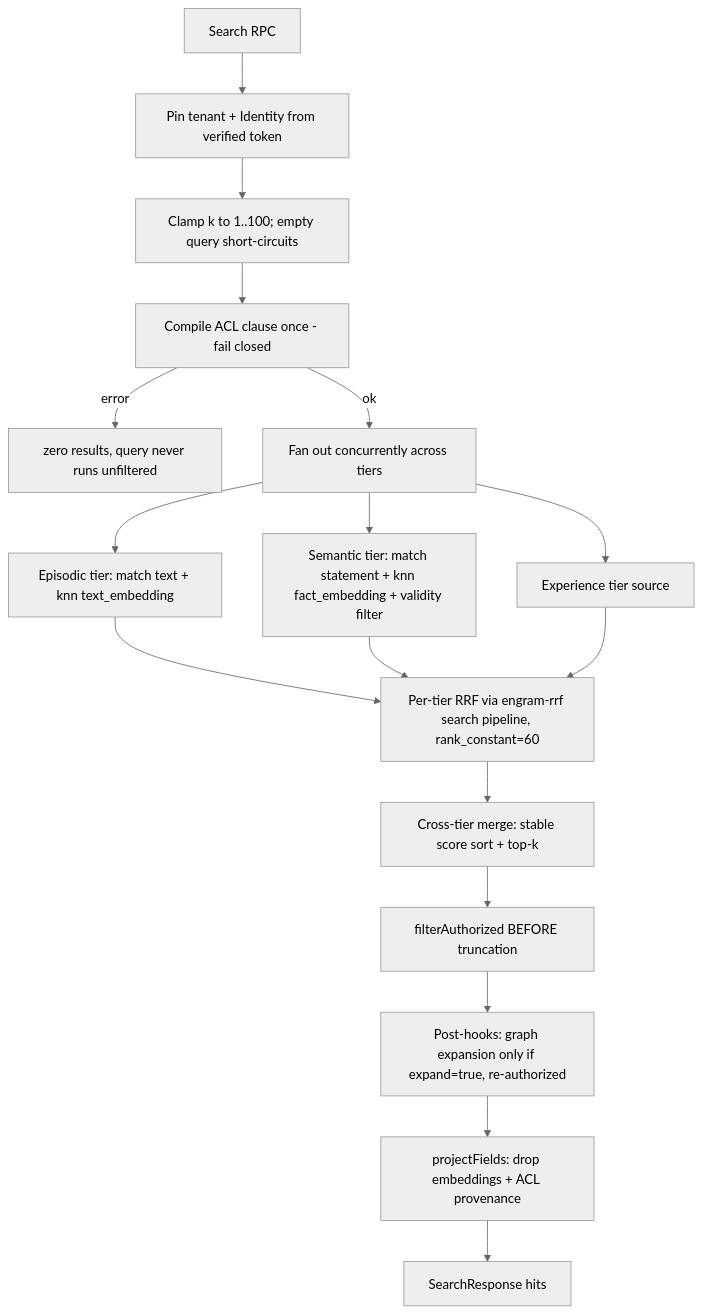
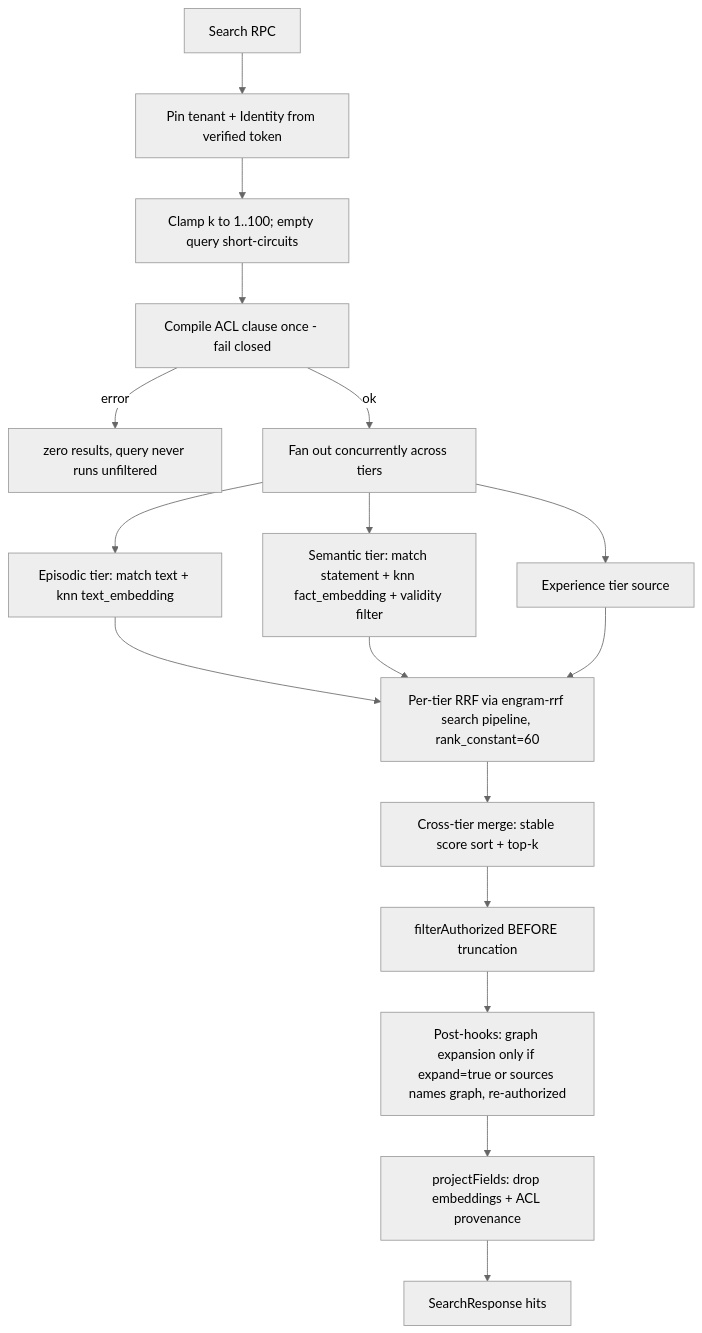
One commit to ryanthedev/engram changed the second of 2 diagrams in docs/architecture.md. Above: the diagram before and after it, drawn with Mermaid (neutral theme). The commit also changed 7 other files, not shown here.

````diff
--- a/docs/architecture.md
+++ b/docs/architecture.md
@@ -168,19 +168,19 @@
 ```mermaid
 flowchart TD
   A[Search RPC] --> B[Pin tenant + Identity from verified token]
   B --> C[Clamp k to 1..100; empty query short-circuits]
   C --> D[Compile ACL clause once - fail closed]
   D -- error --> DR[zero results, query never runs unfiltered]
   D -- ok --> E[Fan out concurrently across tiers]
   E --> E1[Episodic tier: match text + knn text_embedding]
   E --> E2[Semantic tier: match statement + knn fact_embedding + validity filter]
   E --> E3[Experience tier source]
   E1 --> F[Per-tier RRF via engram-rrf search pipeline, rank_constant=60]
   E2 --> F
   E3 --> F
   F --> G[Cross-tier merge: stable score sort + top-k]
   G --> H[filterAuthorized BEFORE truncation]
-  H --> I[Post-hooks: graph expansion only if expand=true, re-authorized]
+  H --> I[Post-hooks: graph expansion only if expand=true or sources names graph, re-authorized]
   I --> J[projectFields: drop embeddings + ACL provenance]
   J --> K[SearchResponse hits]
 ```
````
